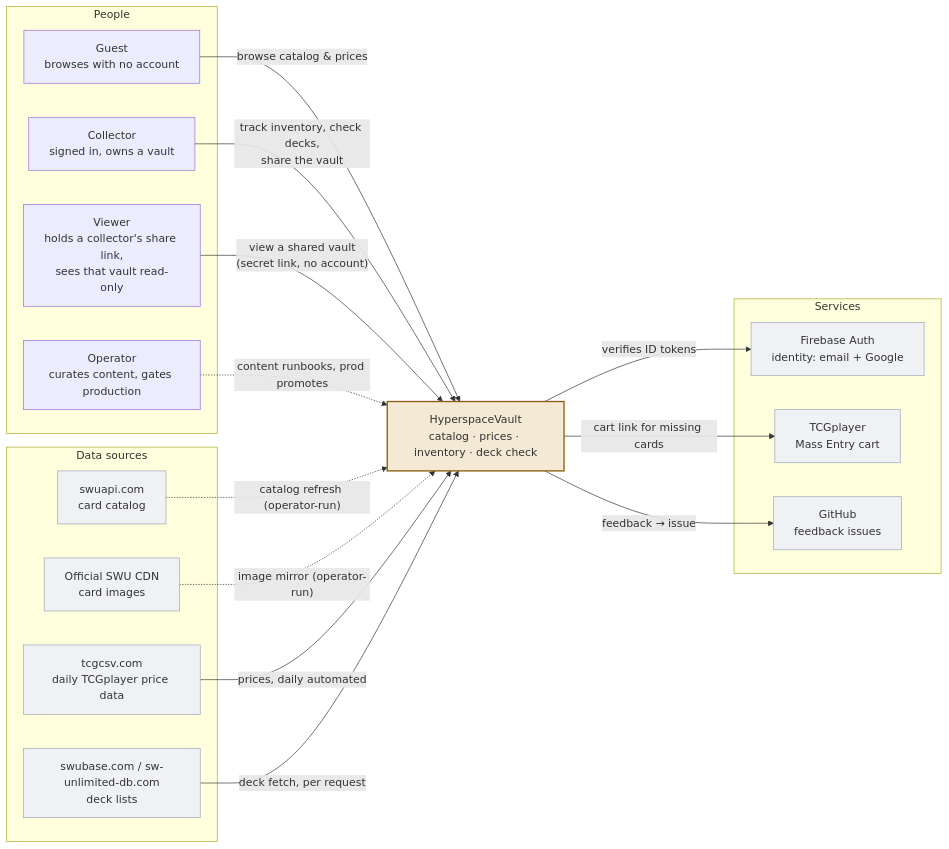
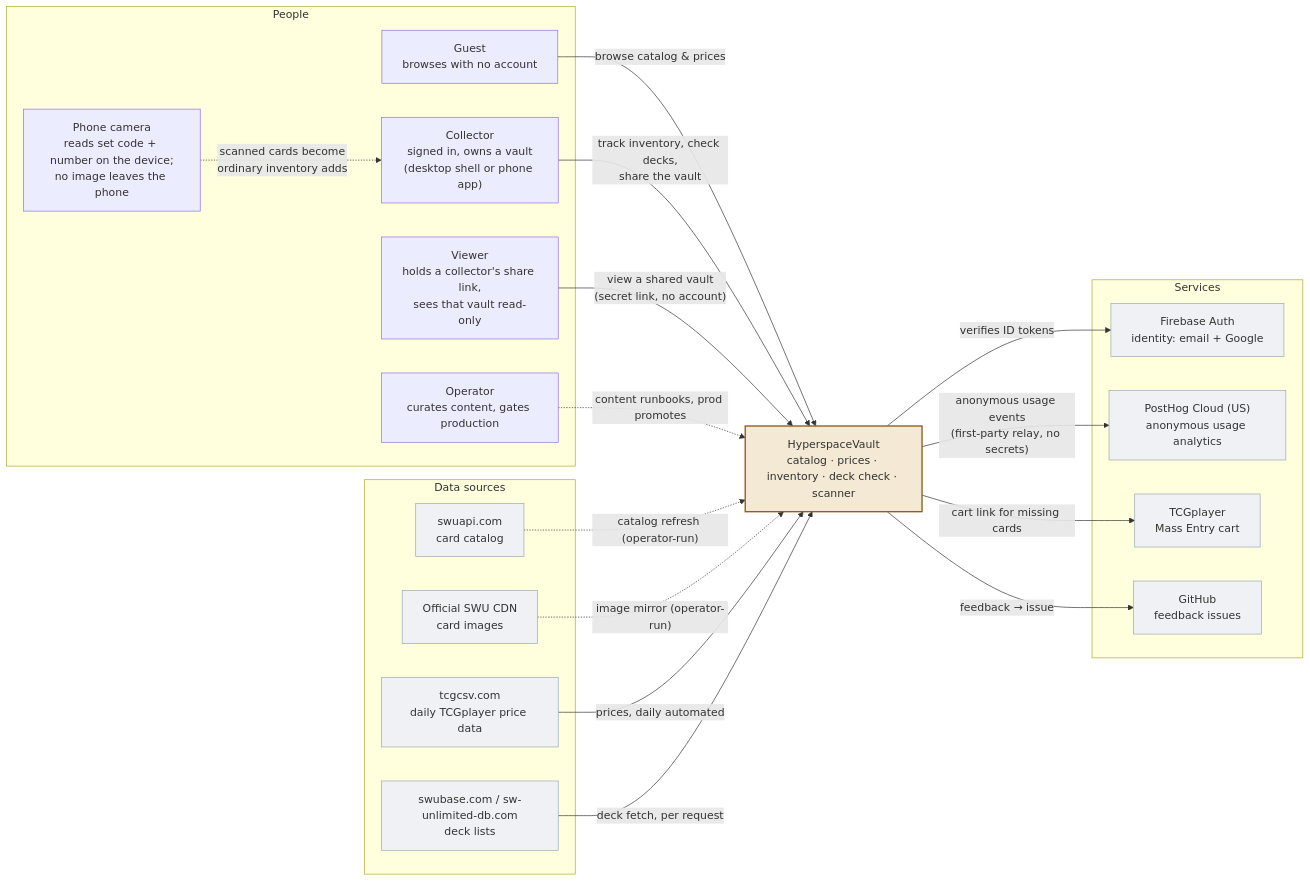
The first of 2 diagrams in specification_documents/architecture/Architecture_Conceptual.md (whitebreadisu/hyperspacevault), drawn with Mermaid before and after one commit. The commit also changed other lines of this file and 8 other files, not shown here.

First line of the commit message:
docs: BL-271 architecture views regenerated as of v2.0.1 / main d3118c5 (phone layout, scanner, PostHog relay, CI matrix, promote gate) (#274)

````diff
--- a/specification_documents/architecture/Architecture_Conceptual.md
+++ b/specification_documents/architecture/Architecture_Conceptual.md
@@ -15,43 +15,47 @@
 ```mermaid
 flowchart LR
   subgraph people["People"]
     guest["Guest<br/>browses with no account"]
-    collector["Collector<br/>signed in, owns a vault"]
+    collector["Collector<br/>signed in, owns a vault<br/>(desktop shell or phone app)"]
+    camera["Phone camera<br/>reads set code + number on the device;<br/>no image leaves the phone"]
     viewer["Viewer<br/>holds a collector's share link,<br/>sees that vault read-only"]
     operator["Operator<br/>curates content, gates production"]
   end
 
-  hv["HyperspaceVault<br/>catalog · prices · inventory · deck check"]
+  hv["HyperspaceVault<br/>catalog · prices · inventory · deck check · scanner"]
 
   subgraph sources["Data sources"]
     swuapi["swuapi.com<br/>card catalog"]
     swucdn["Official SWU CDN<br/>card images"]
     tcgcsv["tcgcsv.com<br/>daily TCGplayer price data"]
     decksites["swubase.com / sw-unlimited-db.com<br/>deck lists"]
   end
 
   subgraph services["Services"]
     firebase["Firebase Auth<br/>identity: email + Google"]
+    posthog["PostHog Cloud (US)<br/>anonymous usage analytics"]
     tcgp["TCGplayer<br/>Mass Entry cart"]
     github["GitHub<br/>feedback issues"]
   end
 
   guest -->|"browse catalog & prices"| hv
   collector -->|"track inventory, check decks,<br/>share the vault"| hv
+  camera -.->|"scanned cards become<br/>ordinary inventory adds"| collector
   viewer -->|"view a shared vault<br/>(secret link, no account)"| hv
   operator -.->|"content runbooks, prod promotes"| hv
 
   swuapi -.->|"catalog refresh (operator-run)"| hv
   swucdn -.->|"image mirror (operator-run)"| hv
   tcgcsv -->|"prices, daily automated"| hv
   decksites -->|"deck fetch, per request"| hv
 
   hv -->|"verifies ID tokens"| firebase
+  hv -->|"anonymous usage events<br/>(first-party relay, no secrets)"| posthog
   hv -->|"cart link for missing cards"| tcgp
   hv -->|"feedback → issue"| github
 
   classDef ext fill:#EFF1F4,stroke:#9AA8B6;
-  class swuapi,swucdn,tcgcsv,decksites,firebase,tcgp,github ext;
+  class swuapi,swucdn,tcgcsv,decksites,firebase,posthog,tcgp,github ext;
   classDef sys fill:#F3E9D4,stroke:#8A6116,stroke-width:2px;
   class hv sys;
 ```
````
